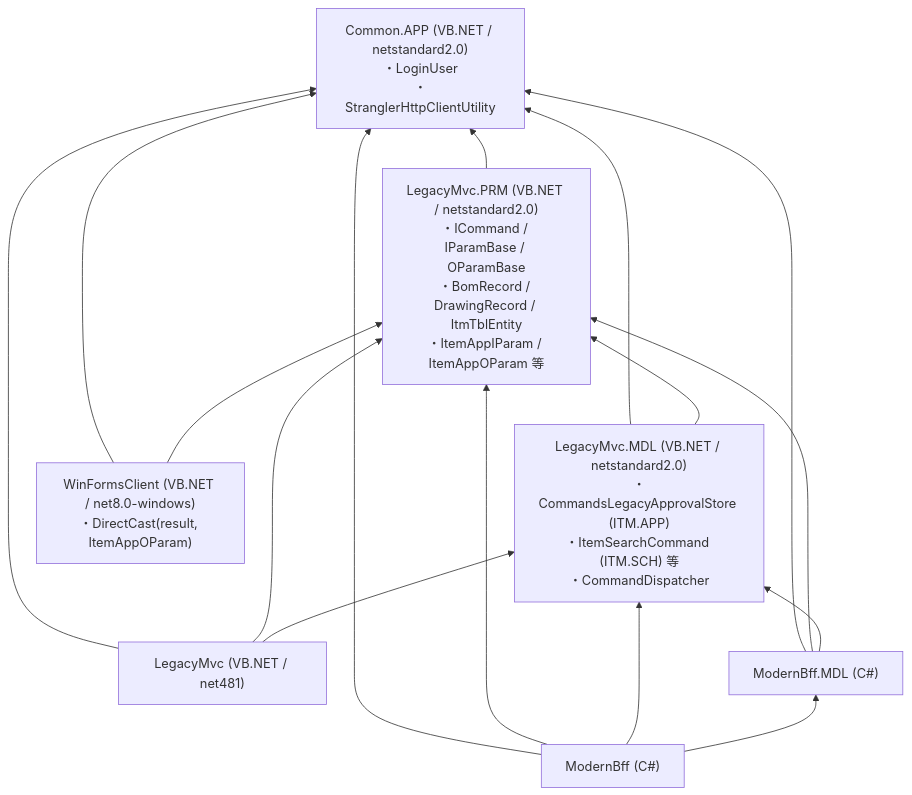
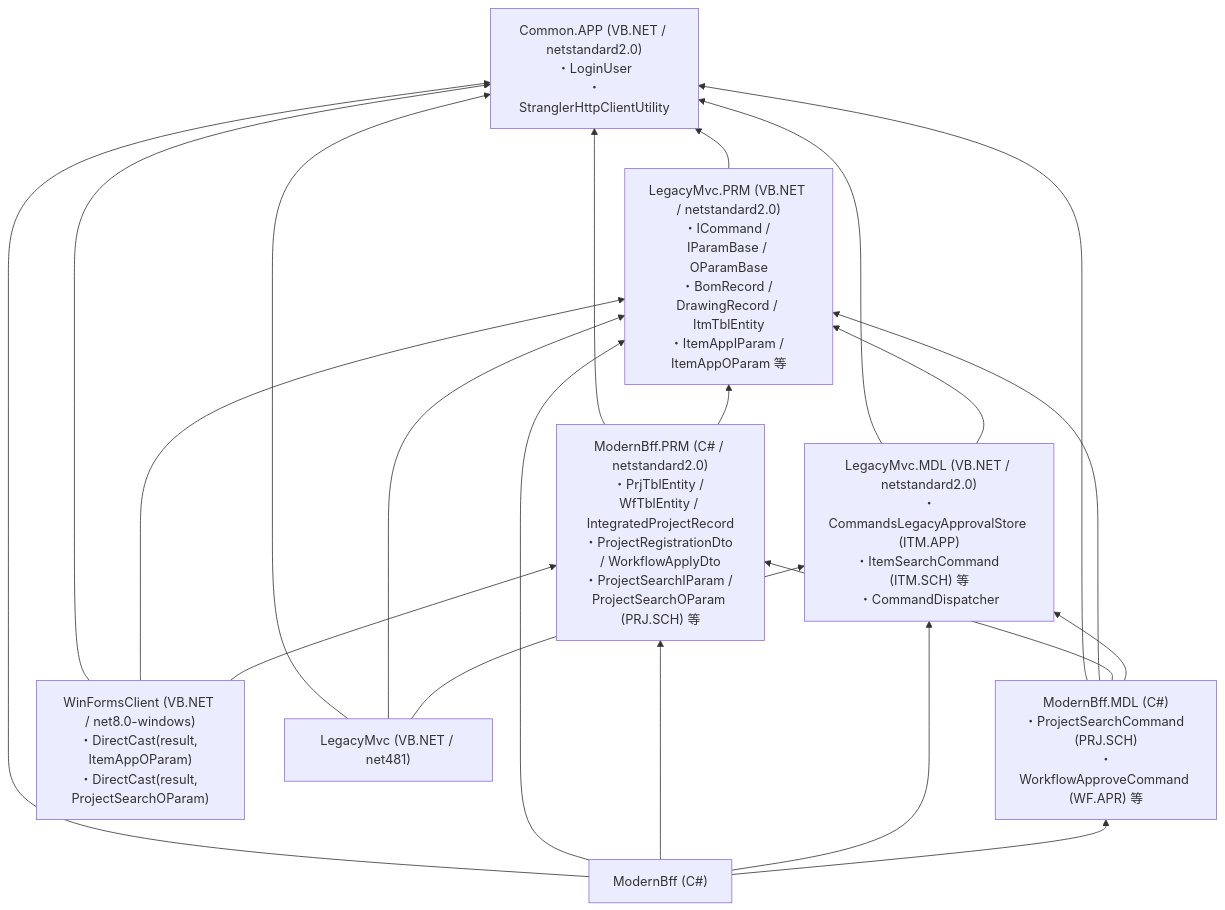
Before and after one commit to LideruBcgDev/StranglerFigMigration: the second of 2 diagrams in COMMAND_AND_AUTH_MIGRATION_GUIDE.md, drawn with Mermaid. The commit also changed other lines of this file and 14 other files, not shown here.

Commit message:
ModernBff.PRM

````diff
--- a/COMMAND_AND_AUTH_MIGRATION_GUIDE.md
+++ b/COMMAND_AND_AUTH_MIGRATION_GUIDE.md
@@ -148,26 +148,32 @@
 ```mermaid
 flowchart BT
     Common["Common.APP (VB.NET / netstandard2.0)<br/>・LoginUser<br/>・StranglerHttpClientUtility"]
-    PRM["LegacyMvc.PRM (VB.NET / netstandard2.0)<br/>・ICommand / IParamBase / OParamBase<br/>・BomRecord / DrawingRecord / ItmTblEntity<br/>・ItemAppIParam / ItemAppOParam 等"]
+    LPRM["LegacyMvc.PRM (VB.NET / netstandard2.0)<br/>・ICommand / IParamBase / OParamBase<br/>・BomRecord / DrawingRecord / ItmTblEntity<br/>・ItemAppIParam / ItemAppOParam 等"]
+    MPRM["ModernBff.PRM (C# / netstandard2.0)<br/>・PrjTblEntity / WfTblEntity / IntegratedProjectRecord<br/>・ProjectRegistrationDto / WorkflowApplyDto<br/>・ProjectSearchIParam / ProjectSearchOParam (PRJ.SCH) 等"]
     MDL["LegacyMvc.MDL (VB.NET / netstandard2.0)<br/>・CommandsLegacyApprovalStore (ITM.APP)<br/>・ItemSearchCommand (ITM.SCH) 等<br/>・CommandDispatcher"]
-    WinForms["WinFormsClient (VB.NET / net8.0-windows)<br/>・DirectCast(result, ItemAppOParam)"]
+    ModernMDL["ModernBff.MDL (C#)<br/>・ProjectSearchCommand (PRJ.SCH)<br/>・WorkflowApproveCommand (WF.APR) 等"]
+    WinForms["WinFormsClient (VB.NET / net8.0-windows)<br/>・DirectCast(result, ItemAppOParam)<br/>・DirectCast(result, ProjectSearchOParam)"]
     LegacyWeb["LegacyMvc (VB.NET / net481)"]
-    ModernMDL["ModernBff.MDL (C#)"]
     ModernBff["ModernBff (C#)"]
 
-    PRM --> Common
+    LPRM --> Common
+    MPRM --> Common
+    MPRM --> LPRM
     MDL --> Common
-    MDL --> PRM
+    MDL --> LPRM
+    ModernMDL --> Common
+    ModernMDL --> LPRM
+    ModernMDL --> MPRM
+    ModernMDL --> MDL
     WinForms --> Common
-    WinForms --> PRM
+    WinForms --> LPRM
+    WinForms --> MPRM
     LegacyWeb --> Common
-    LegacyWeb --> PRM
+    LegacyWeb --> LPRM
     LegacyWeb --> MDL
-    ModernMDL --> Common
-    ModernMDL --> PRM
-    ModernMDL --> MDL
     ModernBff --> Common
-    ModernBff --> PRM
+    ModernBff --> LPRM
+    ModernBff --> MPRM
     ModernBff --> MDL
     ModernBff --> ModernMDL
 ```
````
